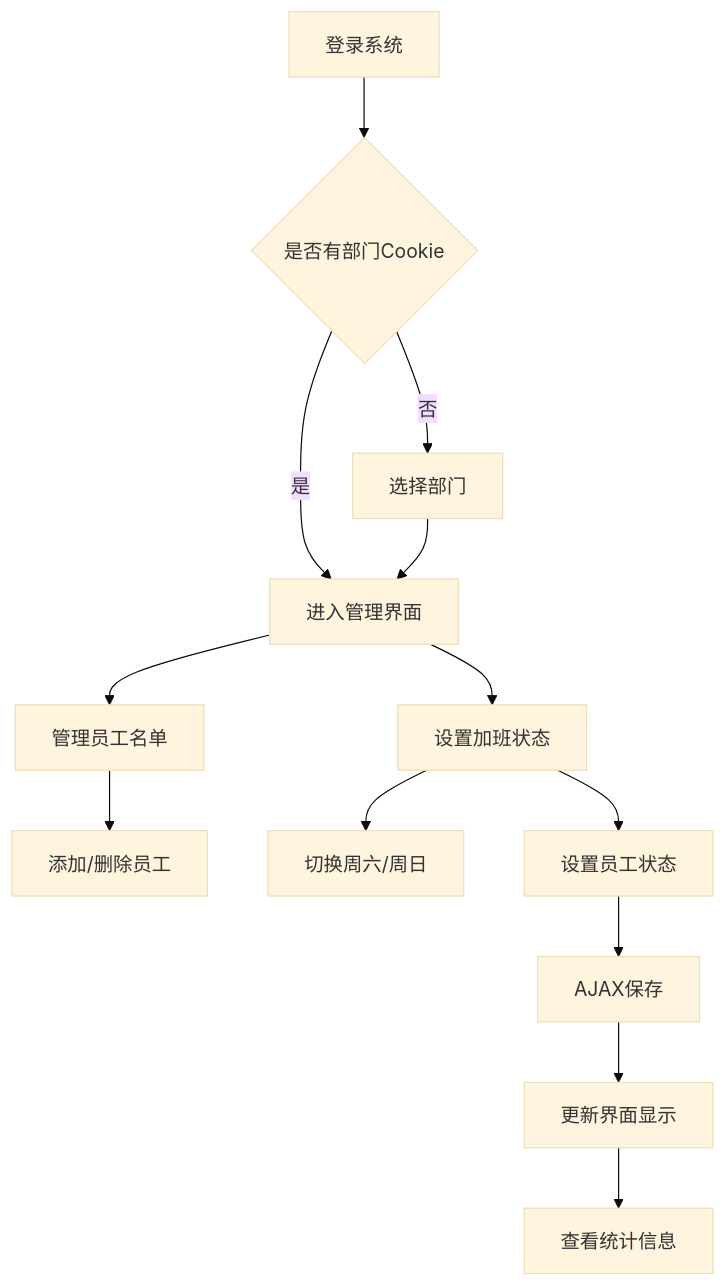
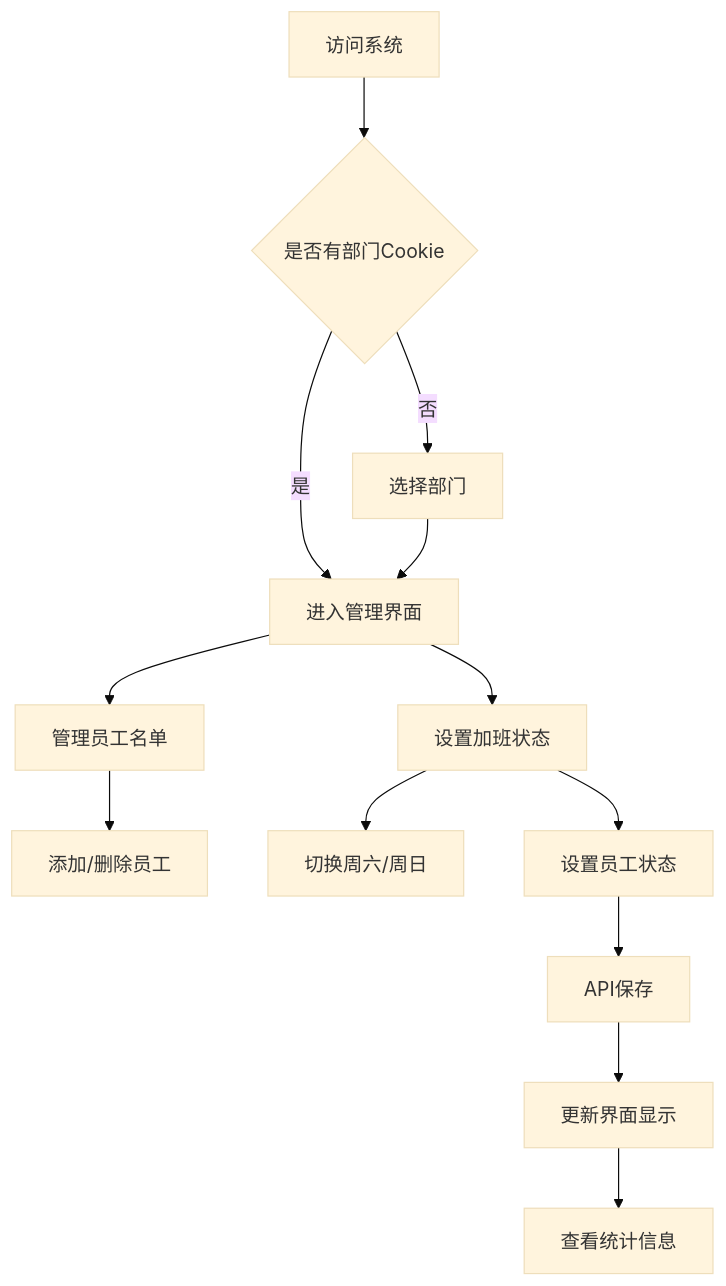
One commit to wlhd7/dz-weekend-overtime changed the first of 3 diagrams in PRD.md. Above: the diagram before and after it, drawn with Mermaid (base theme). The commit also changed other lines of this file and 1 other file, not shown here.

Commit message:
docs: update PRD and README for FastAPI/Vue architecture

````diff
--- a/PRD.md
+++ b/PRD.md
@@ -108,15 +105,15 @@
 ```mermaid
 graph TD
-    A[登录系统] --> B{是否有部门Cookie}
+    A[访问系统] --> B{是否有部门Cookie}
     B -->|否| C[选择部门]
     B -->|是| D[进入管理界面]
     C --> D
     D --> E[管理员工名单]
     D --> F[设置加班状态]
     E --> H[添加/删除员工]
     F --> I[切换周六/周日]
     F --> J[设置员工状态]
-    J --> K[AJAX保存]
+    J --> K[API保存]
     K --> L[更新界面显示]
     L --> M[查看统计信息]
 ```
````
